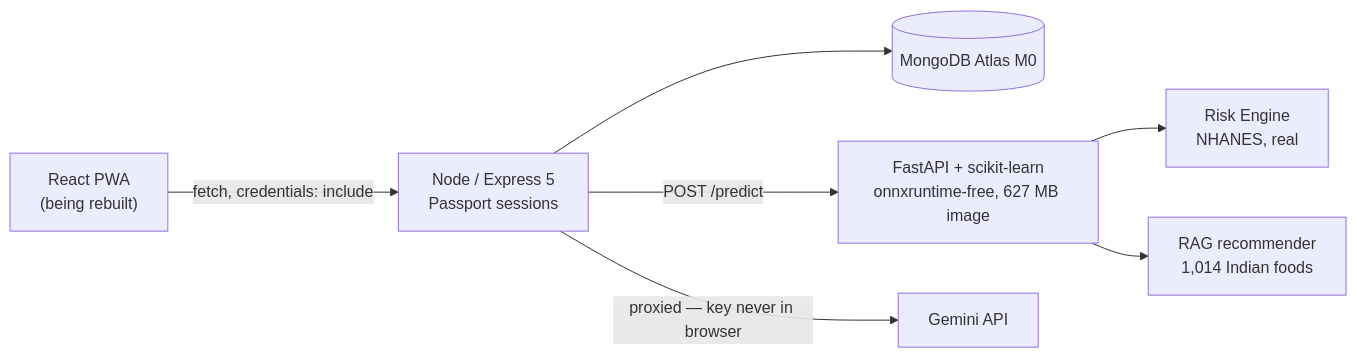
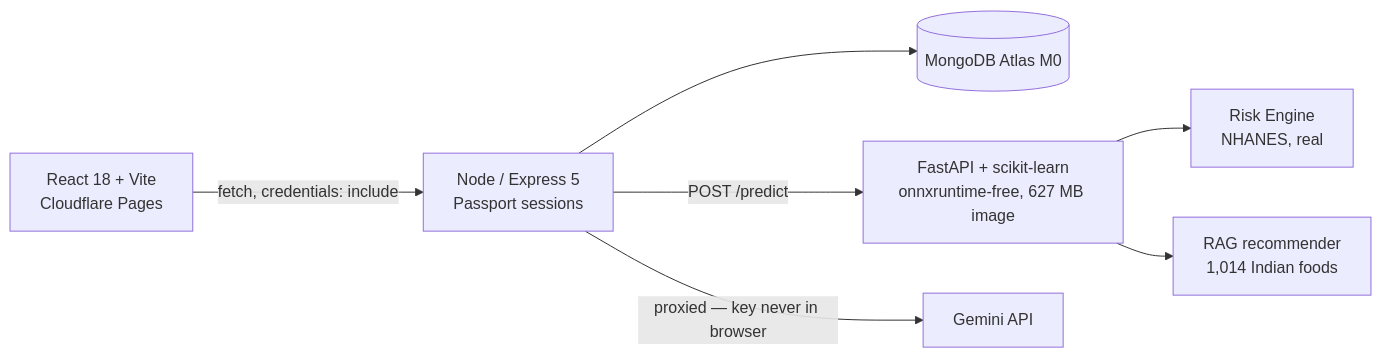
Before and after one commit to agnivesh13/niyantrana: the diagram in README.md, drawn with Mermaid. The commit also changed other lines of this file and 59 other files, not shown here.

````diff
--- a/README.md
+++ b/README.md
@@ -110,9 +111,9 @@
 ```mermaid
 flowchart LR
-    PWA["React PWA<br/>(being rebuilt)"] -->|"fetch, credentials: include"| API
+    WEB["React 18 + Vite<br/>Cloudflare Pages"] -->|"fetch, credentials: include"| API
     API["Node / Express 5<br/>Passport sessions"] --> DB[("MongoDB Atlas M0")]
     API -->|"POST /predict"| INF["FastAPI + scikit-learn<br/>onnxruntime-free, 627 MB image"]
     API -->|"proxied — key never in browser"| GEM["Gemini API"]
     INF --> ENG["Risk Engine<br/>NHANES, real"]
     INF --> RAG["RAG recommender<br/>1,014 Indian foods"]
 ```
````
